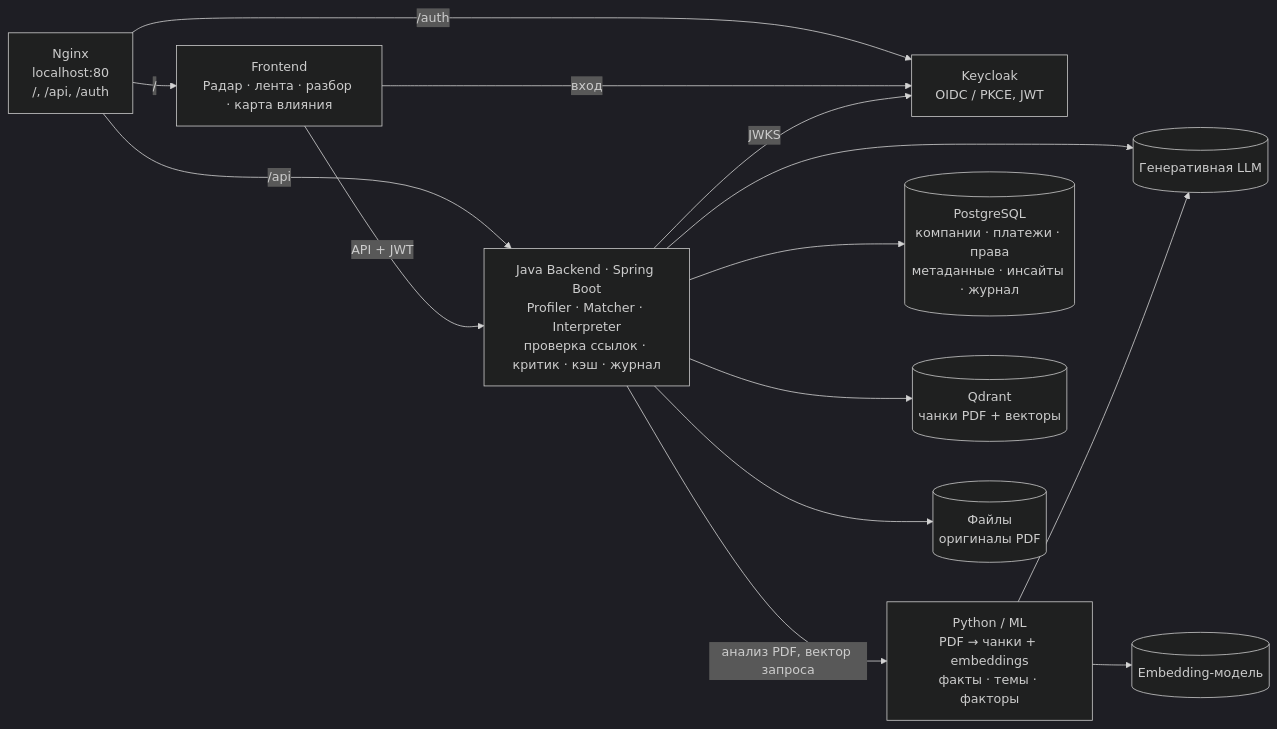
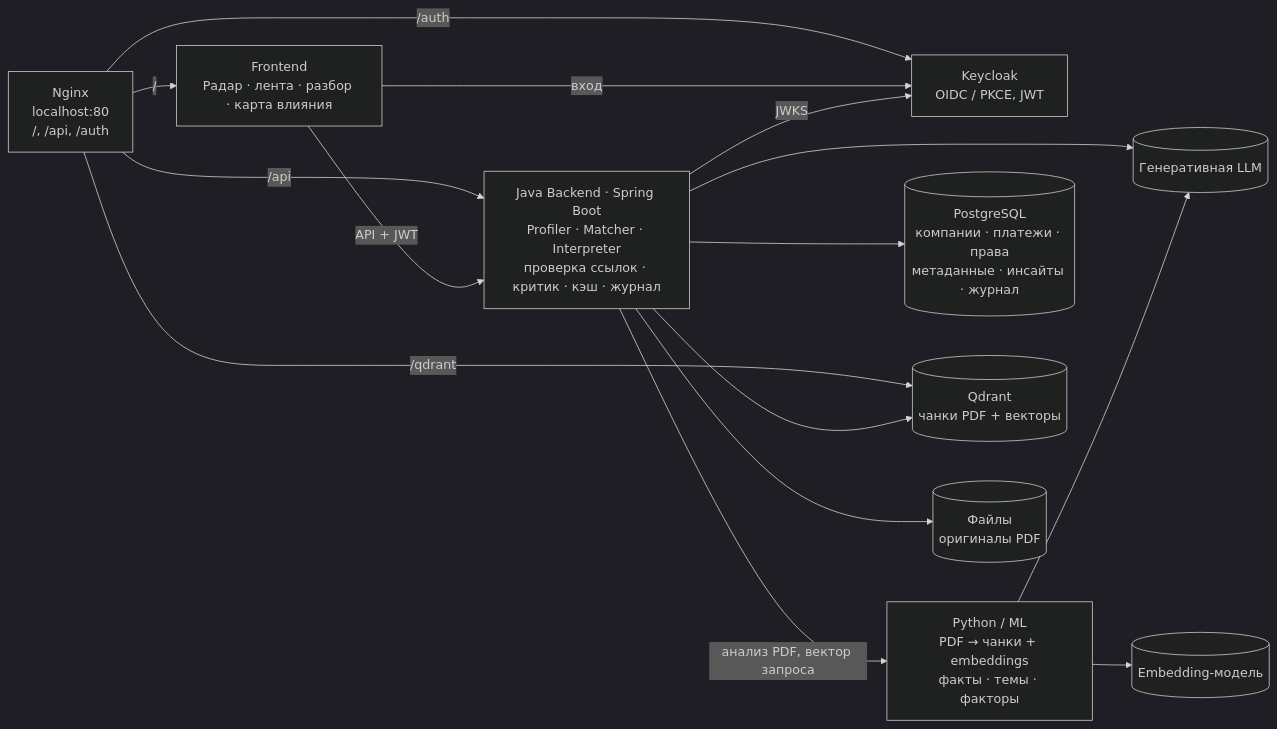
The diagram in README.md (VadimLedvanov/alfa-business-insights), drawn with Mermaid (dark theme) before and after one commit. The commit also changed other lines of this file, not shown here.

Commit message:
issue_8: инфра: qdrant

````diff
--- a/README.md
+++ b/README.md
@@ -76,27 +77,28 @@
 ```mermaid
 flowchart LR
     NG[Nginx<br/>localhost:80<br/>/, /api, /auth]
     FE[Frontend<br/>Радар · лента · разбор · карта влияния]
     KC[Keycloak<br/>OIDC / PKCE, JWT]
     BE[Java Backend · Spring Boot<br/>Profiler · Matcher · Interpreter<br/>проверка ссылок · критик · кэш · журнал]
     ML[Python / ML<br/>PDF → чанки + embeddings<br/>факты · темы · факторы]
     LLM[(Генеративная LLM)]
     EMB[(Embedding-модель)]
     PG[(PostgreSQL<br/>компании · платежи · права<br/>метаданные · инсайты · журнал)]
     QD[(Qdrant<br/>чанки PDF + векторы)]
     FS[(Файлы<br/>оригиналы PDF)]
 
     NG -->|/| FE
     NG -->|/api| BE
     NG -->|/auth| KC
+    NG -->|/qdrant| QD
     FE -->|вход| KC
     FE -->|API + JWT| BE
     BE -->|JWKS| KC
     BE -->|анализ PDF, вектор запроса| ML
     BE --> LLM
     ML --> LLM
     ML --> EMB
     BE --> PG
     BE --> QD
     BE --> FS
 ```
````
